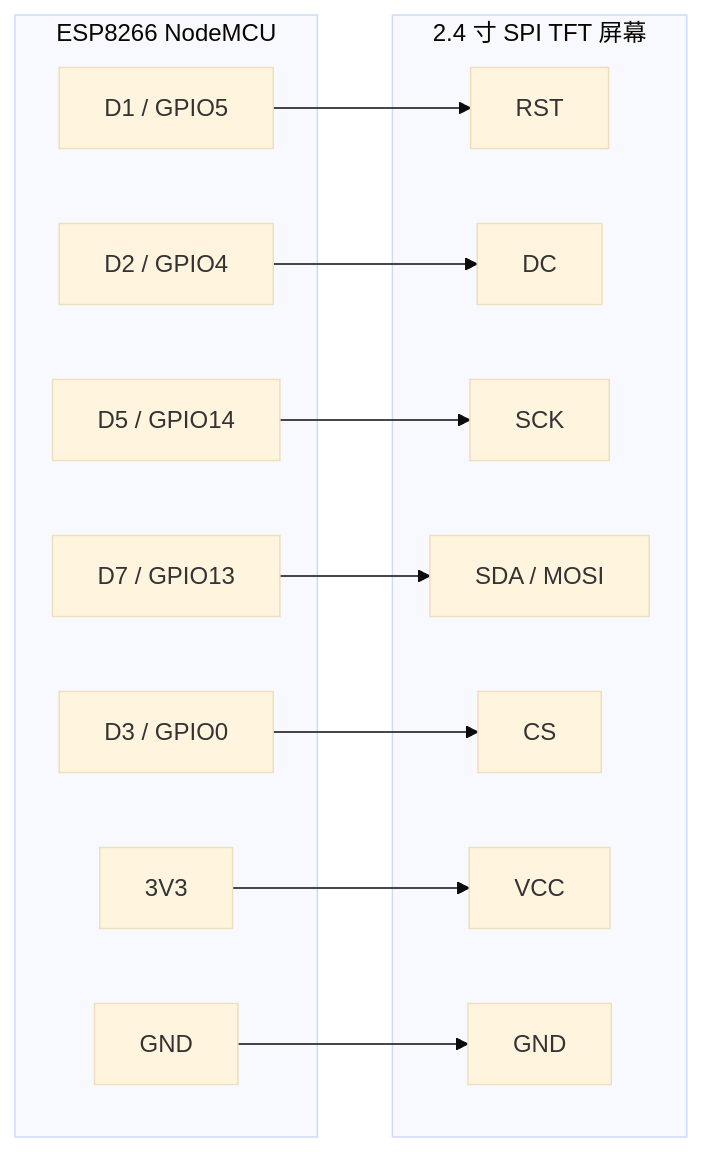
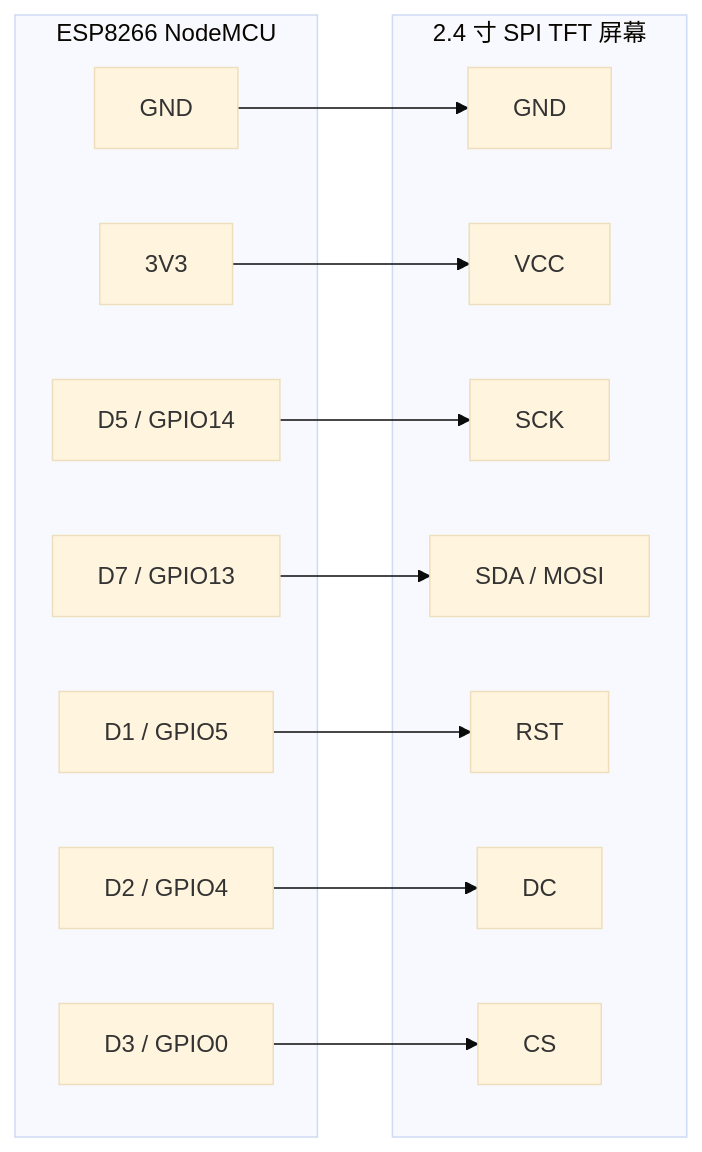
One commit to luojiaaoo/codex-extra-light changed the diagram in esp/README.md. Above: the diagram before and after it, drawn with Mermaid (base theme). The commit also changed other lines of this file and 5 other files, not shown here.

````diff
--- a/esp/README.md
+++ b/esp/README.md
@@ -13,30 +13,30 @@
 ```mermaid
 flowchart LR
     subgraph ESP["ESP8266 NodeMCU"]
         D1["D1 / GPIO5"]
         D2["D2 / GPIO4"]
         D3["D3 / GPIO0"]
         D5["D5 / GPIO14"]
         D7["D7 / GPIO13"]
         P33["3V3"]
         G["GND"]
     end
 
     subgraph TFT["2.4 寸 SPI TFT 屏幕"]
+        GND["GND"]
+        VCC["VCC"]
+        SCK["SCK"]
+        SDA["SDA / MOSI"]
         RST["RST"]
         DC["DC"]
-        SCK["SCK"]
-        SDA["SDA / MOSI"]
         CS["CS"]
-        VCC["VCC"]
-        GND["GND"]
     end
 
     D1 --> RST
     D2 --> DC
     D3 --> CS
     D5 --> SCK
     D7 --> SDA
     P33 --> VCC
     G --> GND
 ```
````
